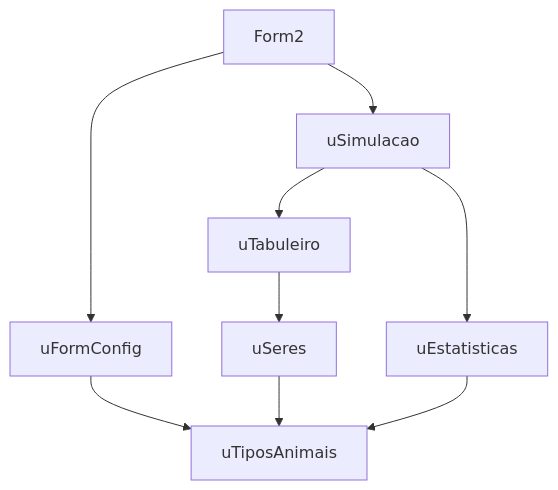
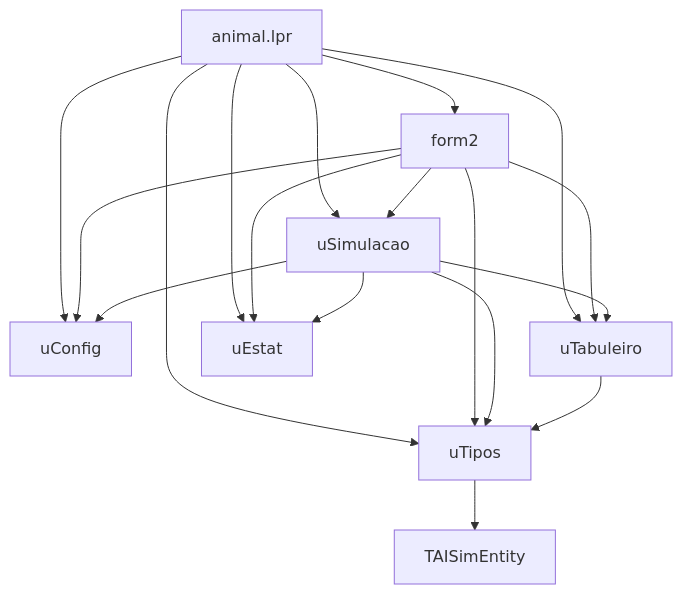
The diagram in docs/GUIA_DESENVOLVEDOR.md (marcelomaurin/animais), drawn with Mermaid before and after one commit. The commit also changed other lines of this file, not shown here.

````diff
--- a/docs/GUIA_DESENVOLVEDOR.md
+++ b/docs/GUIA_DESENVOLVEDOR.md
@@ -12,11 +20,23 @@
 ```mermaid
 graph TD
-    Form2 --> uSimulacao
-    Form2 --> uFormConfig
-    uFormConfig --> uTiposAnimais
+    animal_lpr[animal.lpr] --> form2
+    animal_lpr --> uConfig
+    animal_lpr --> uTipos
+    animal_lpr --> uTabuleiro
+    animal_lpr --> uSimulacao
+    animal_lpr --> uEstat
+
+    form2 --> uConfig
+    form2 --> uTipos
+    form2 --> uTabuleiro
+    form2 --> uSimulacao
+    form2 --> uEstat
+
+    uSimulacao --> uTipos
     uSimulacao --> uTabuleiro
-    uSimulacao --> uEstatisticas
-    uTabuleiro --> uSeres
-    uSeres --> uTiposAnimais
-    uEstatisticas --> uTiposAnimais
+    uSimulacao --> uConfig
+    uSimulacao --> uEstat
+
+    uTabuleiro --> uTipos
+    uTipos --> TAISimEntity
 ```
````
